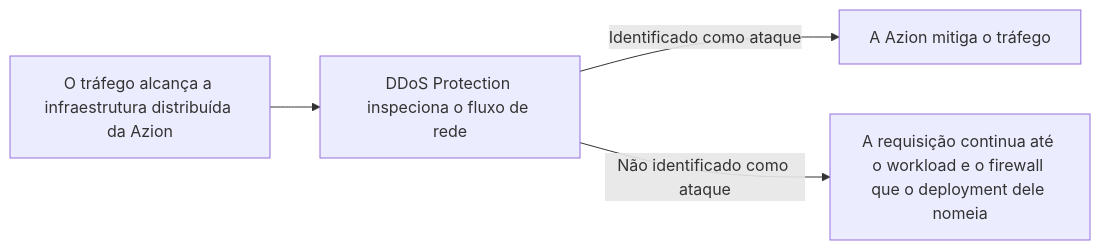
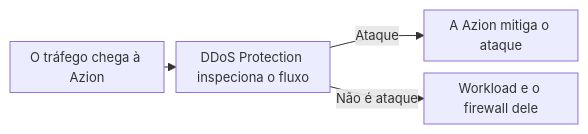
The fourth of 4 diagrams in src/content/docs/pt-br/pages/secure/workloads/como-funciona.mdx (aziontech/docs), drawn with Mermaid before and after one commit. The commit also changed other lines of this file and 5 other files, not shown here.

First line of the commit message:
docs(workloads): fit the section's diagrams to the frame without horizontal scroll

````diff
--- a/src/content/docs/pt-br/pages/secure/workloads/como-funciona.mdx
+++ b/src/content/docs/pt-br/pages/secure/workloads/como-funciona.mdx
@@ -196,6 +199,7 @@
 ```mermaid
+%%{init: {"layout": "dagre", "themeVariables": {"fontSize": "13px"}, "flowchart": {"nodeSpacing": 12, "rankSpacing": 12, "padding": 6, "wrappingWidth": 130, "minNodeWidth": 40, "useMaxWidth": true}}}%%
 flowchart LR
-  In["O tráfego alcança a infraestrutura distribuída da Azion"] --> Inspect["DDoS Protection inspeciona o fluxo de rede"]
-  Inspect -->|"Identificado como ataque"| Mitigate["A Azion mitiga o tráfego"]
-  Inspect -->|"Não identificado como ataque"| Workload["A requisição continua até o workload e o firewall que o deployment dele nomeia"]
+  In["O tráfego chega à Azion"] --> Inspect["DDoS Protection inspeciona o fluxo"]
+  Inspect -->|"Ataque"| Mitigate["A Azion mitiga o ataque"]
+  Inspect -->|"Não é ataque"| Workload["Workload e o firewall dele"]
 ```
````
